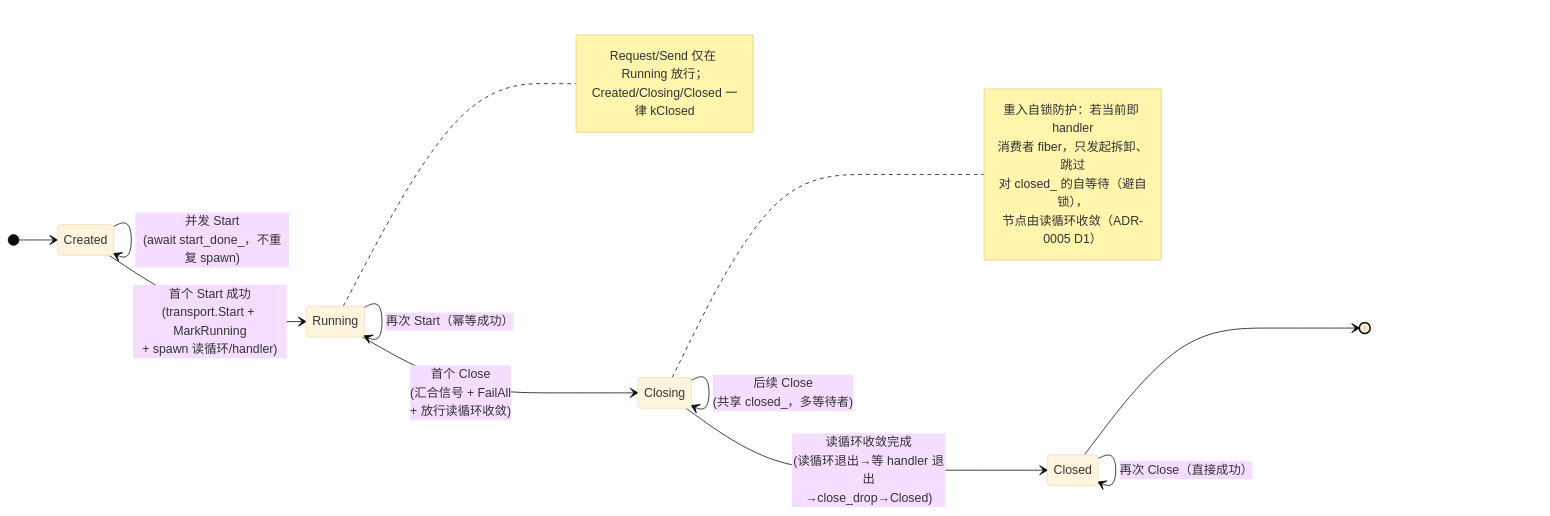
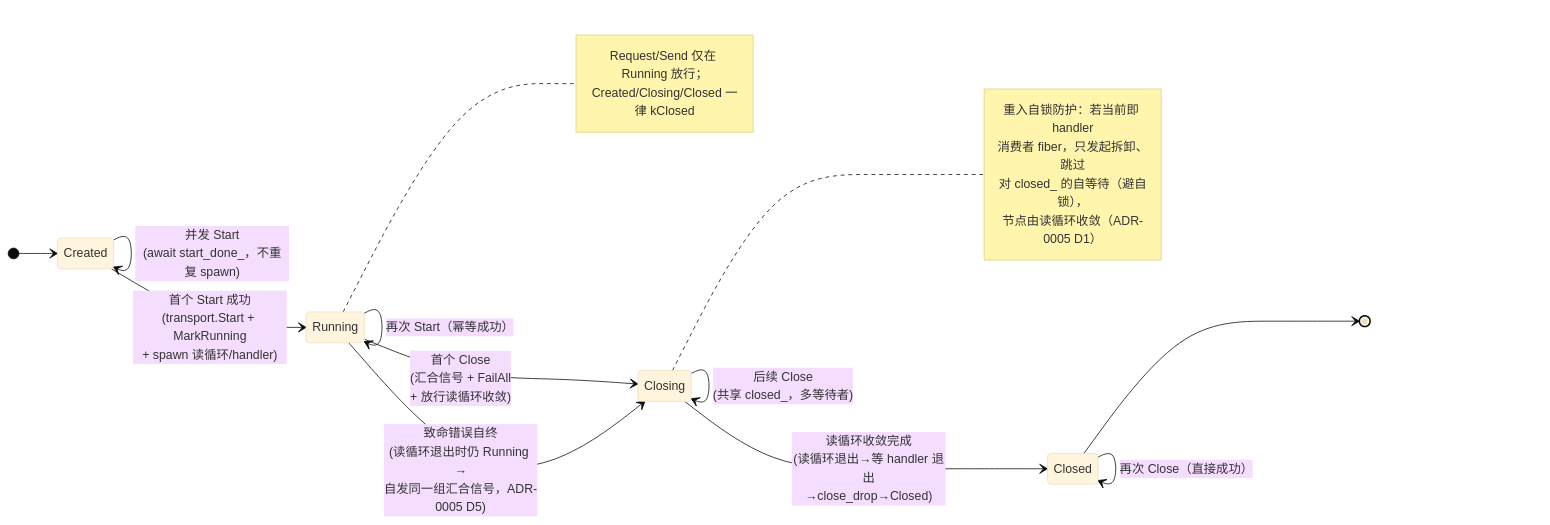
One commit to Ste7an-cs/Transport changed the diagram in docs/diagrams/state-node-lifecycle.mmd. Above: the diagram before and after it, drawn with Mermaid (base theme). The commit also changed 4 other files, not shown here.

```diff
--- a/docs/diagrams/state-node-lifecycle.mmd
+++ b/docs/diagrams/state-node-lifecycle.mmd
@@ -1,28 +1,29 @@
 stateDiagram-v2
     direction LR
     [*] --> Created
 
     Created --> Created: ValidateConfig 失败<br/>(kConfiguration，可改配重试)
     Created --> Running: 首个 Start 成功<br/>(transport.Start + MarkRunning<br/>+ spawn 读循环/handler)
     Created --> Created: 并发 Start<br/>(await start_done_，不重复 spawn)
 
     Running --> Running: 再次 Start（幂等成功）
     Running --> Closing: 首个 Close<br/>(汇合信号 + FailAll<br/>+ 放行读循环收敛)
+    Running --> Closing: 致命错误自终<br/>(读循环退出时仍 Running →<br/>自发同一组汇合信号，ADR-0005 D5)
 
     Closing --> Closing: 后续 Close<br/>(共享 closed_，多等待者)
     Closing --> Closed: 读循环收敛完成<br/>(读循环退出→等 handler 退出<br/>→close_drop→Closed)
 
     Closed --> Closed: 再次 Close（直接成功）
     Closed --> [*]
 
     note right of Closing
         重入自锁防护：若当前即 handler
         消费者 fiber，只发起拆卸、跳过
         对 closed_ 的自等待（避自锁），
         节点由读循环收敛（ADR-0005 D1）
     end note
 
     note right of Running
         Request/Send 仅在 Running 放行；
         Created/Closing/Closed 一律 kClosed
     end note
```
